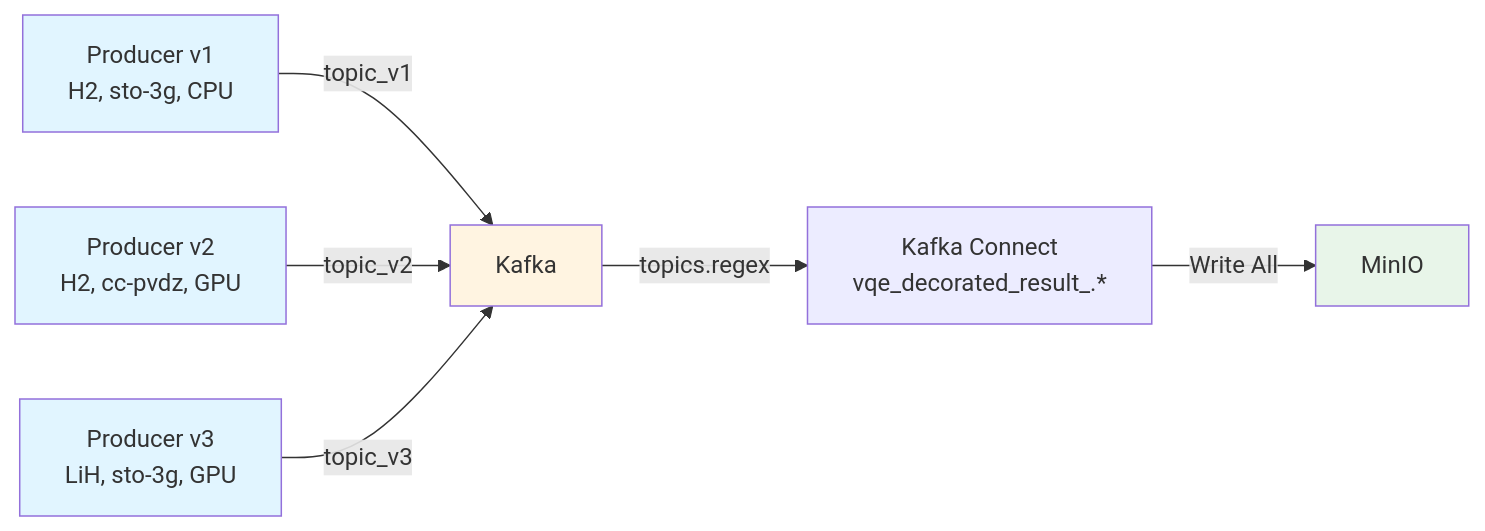
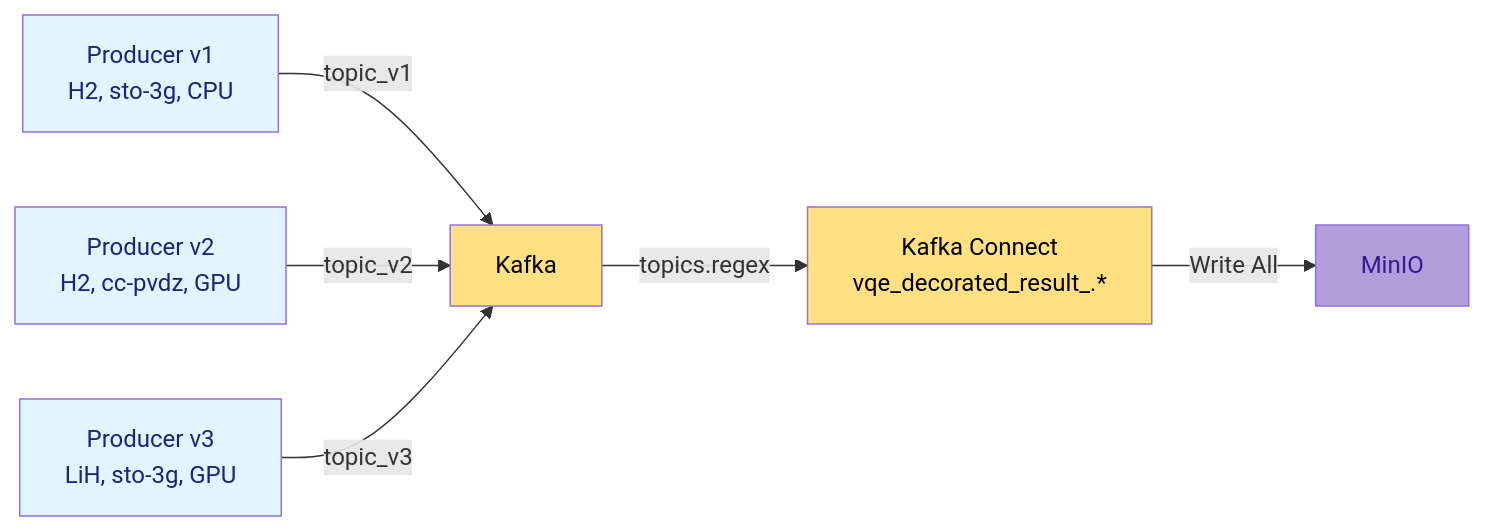
One commit to straightchlorine/quantum-pipeline changed the third of 3 diagrams in docs/architecture/avro-serialization.md. Above: the diagram before and after it, drawn with Mermaid. The commit also changed other lines of this file and 3 other files, not shown here.

````diff
--- a/docs/architecture/avro-serialization.md
+++ b/docs/architecture/avro-serialization.md
@@ -503,16 +503,17 @@
 ```mermaid
 graph LR
     P1[Producer v1<br/>H2, sto-3g, CPU] -->|topic_v1| K[Kafka]
     P2[Producer v2<br/>H2, cc-pvdz, GPU] -->|topic_v2| K
     P3[Producer v3<br/>LiH, sto-3g, GPU] -->|topic_v3| K
 
     K -->|topics.regex| C[Kafka Connect<br/>vqe_decorated_result_.*]
 
     C -->|Write All| M[MinIO]
 
-    style P1 fill:#e1f5ff
-    style P2 fill:#e1f5ff
-    style P3 fill:#e1f5ff
-    style K fill:#fff4e1
-    style M fill:#e8f5e9
+    style P1 fill:#e1f5ff,color:#1a237e
+    style P2 fill:#e1f5ff,color:#1a237e
+    style P3 fill:#e1f5ff,color:#1a237e
+    style K fill:#ffe082,color:#000
+    style C fill:#ffe082,color:#000
+    style M fill:#b39ddb,color:#311b92
 ```
````
